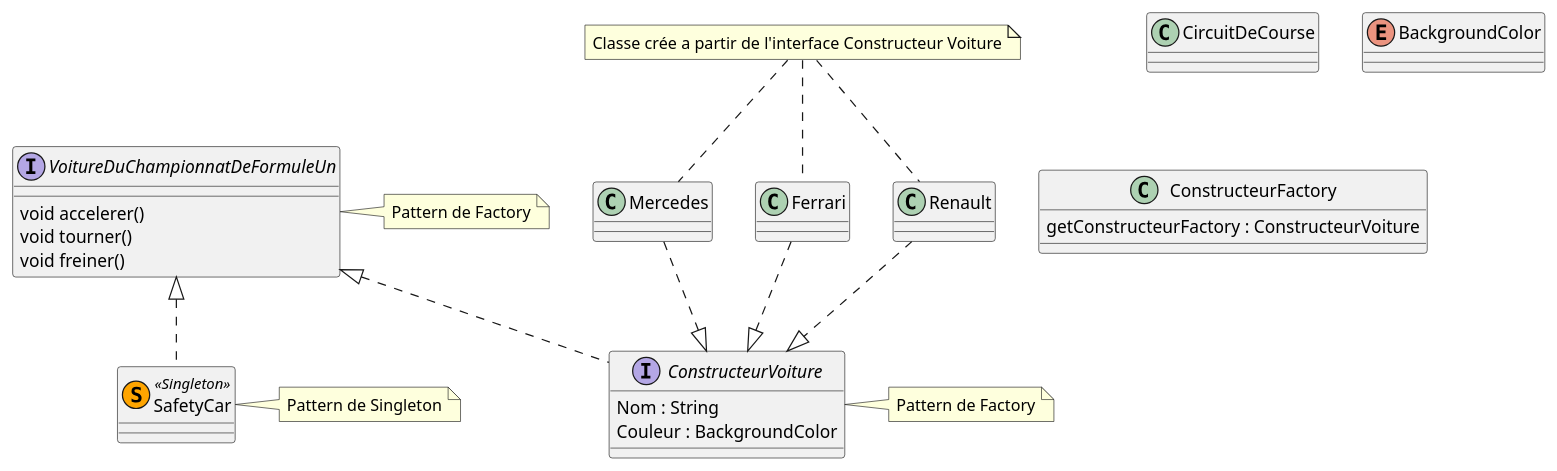
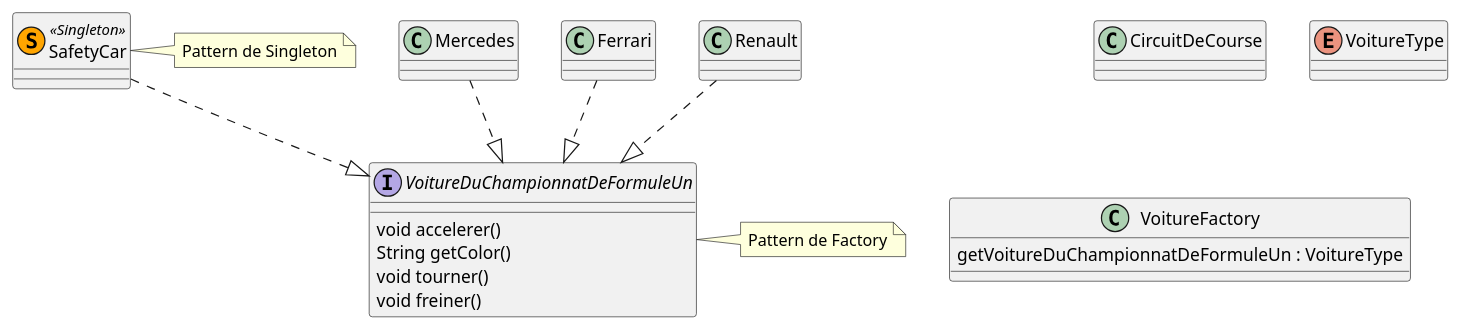
One commit to VonViper/Design_Pattern changed the diagram in DesignPatternClass.puml. Above: the diagram before and after it, drawn with PlantUML.

Commit message:
Ajout code projet java + test (commenté)

```diff
--- a/DesignPatternClass.puml
+++ b/DesignPatternClass.puml
@@ -1,52 +1,42 @@
 @startuml
 
 class CircuitDeCourse {
     
     
 }
 
 class SafetyCar << (S,Orange) Singleton >>
 
-enum BackgroundColor {
+enum VoitureType {
     
 }
 
-interface VoitureDuChampionnatDeFormuleUn{
+
+class VoitureFactory {
+    getVoitureDuChampionnatDeFormuleUn : VoitureType
+}
+interface VoitureDuChampionnatDeFormuleUn {
    void accelerer()
+   String getColor()
    void tourner()
    void freiner()
 }
 
-class ConstructeurFactory {
-    getConstructeurFactory : ConstructeurVoiture
-}
-interface ConstructeurVoiture {
-    Nom : String
-    Couleur : BackgroundColor
-}
-note right of ConstructeurVoiture : Pattern de Factory
 note right of VoitureDuChampionnatDeFormuleUn : Pattern de Factory
 note right of SafetyCar : Pattern de Singleton
 class Mercedes{
 
 }
 class Ferrari{
       
 }
 class Renault{
  
 }
-note "Classe crée a partir de l'interface Constructeur Voiture" as C1
-C1 .. Mercedes
-C1 .. Ferrari
-C1 .. Renault
-Mercedes ..|> ConstructeurVoiture
-Ferrari ..|> ConstructeurVoiture
-Renault ..|> ConstructeurVoiture
 
-
-VoitureDuChampionnatDeFormuleUn <|.. SafetyCar
-VoitureDuChampionnatDeFormuleUn <|.. ConstructeurVoiture
-
+Mercedes ..|> VoitureDuChampionnatDeFormuleUn
+Ferrari ..|> VoitureDuChampionnatDeFormuleUn
+Renault ..|> VoitureDuChampionnatDeFormuleUn
+SafetyCar ..|> VoitureDuChampionnatDeFormuleUn
 
 @enduml
```
